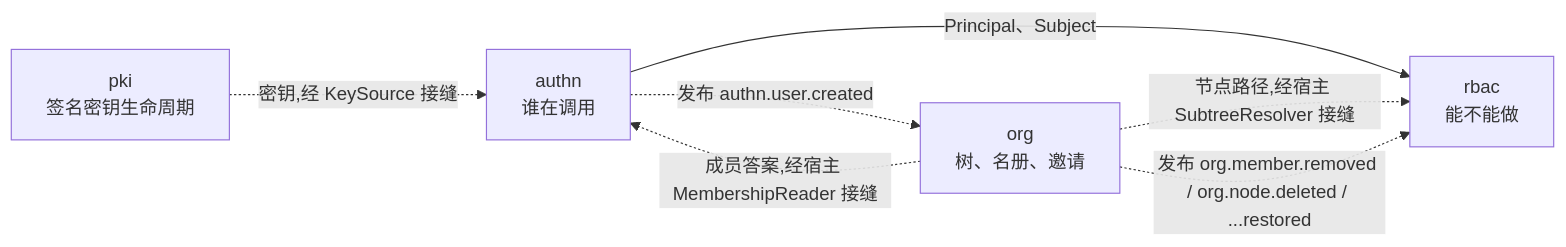
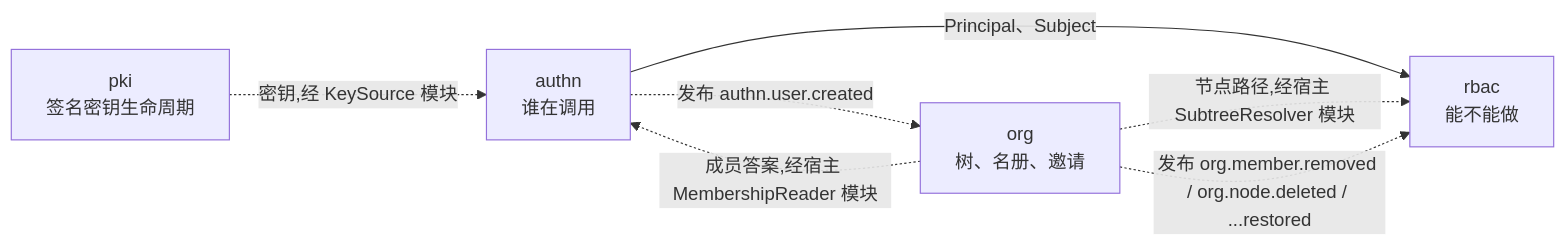
The diagram in docs/site/content.zh-cn/docs/developer-docs/modules/identity/_index.md (vislake/speed), drawn with Mermaid before and after one commit. The commit also changed other lines of this file and 71 other files, not shown here.

````diff
--- a/docs/site/content.zh-cn/docs/developer-docs/modules/identity/_index.md
+++ b/docs/site/content.zh-cn/docs/developer-docs/modules/identity/_index.md
@@ -36,14 +36,14 @@
 ```mermaid
 flowchart LR
     A[authn<br/>谁在调用]
     R[rbac<br/>能不能做]
     O[org<br/>树、名册、邀请]
     P[pki<br/>签名密钥生命周期]
 
     A -->|Principal、Subject| R
-    O -.->|成员答案,经宿主 MembershipReader 接缝| A
-    O -.->|节点路径,经宿主 SubtreeResolver 接缝| R
-    P -.->|密钥,经 KeySource 接缝| A
+    O -.->|成员答案,经宿主 MembershipReader 模块| A
+    O -.->|节点路径,经宿主 SubtreeResolver 模块| R
+    P -.->|密钥,经 KeySource 模块| A
     A -.->|发布 authn.user.created| O
     O -.->|发布 org.member.removed / org.node.deleted / ...restored| R
 ```
````
